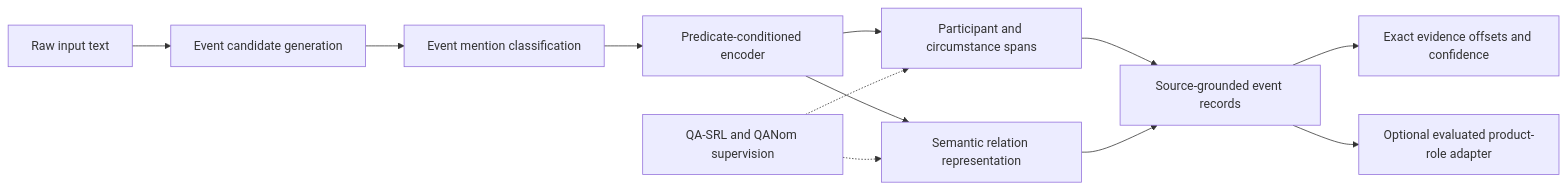
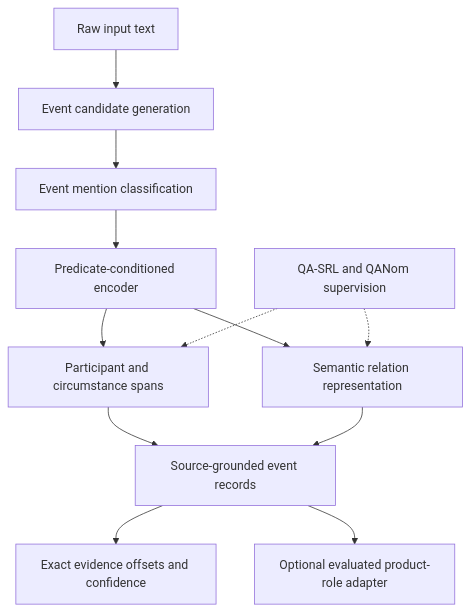
The first of 2 diagrams in README.md (ayo-aa/semantic-action-extractor), drawn with Mermaid before and after one commit.

Commit message:
Improve system diagram readability

````diff
--- a/README.md
+++ b/README.md
@@ -96,14 +96,14 @@
 ```mermaid
-flowchart LR
+flowchart TB
     A["Raw input text"] --> B["Event candidate generation"]
     B --> C["Event mention classification"]
     C --> D["Predicate-conditioned encoder"]
     D --> E["Participant and circumstance spans"]
     D --> F["Semantic relation representation"]
     Q["QA-SRL and QANom supervision"] -.-> E
     Q -.-> F
     E --> G["Source-grounded event records"]
     F --> G
     G --> H["Exact evidence offsets and confidence"]
     G --> I["Optional evaluated product-role adapter"]
 ```
````
